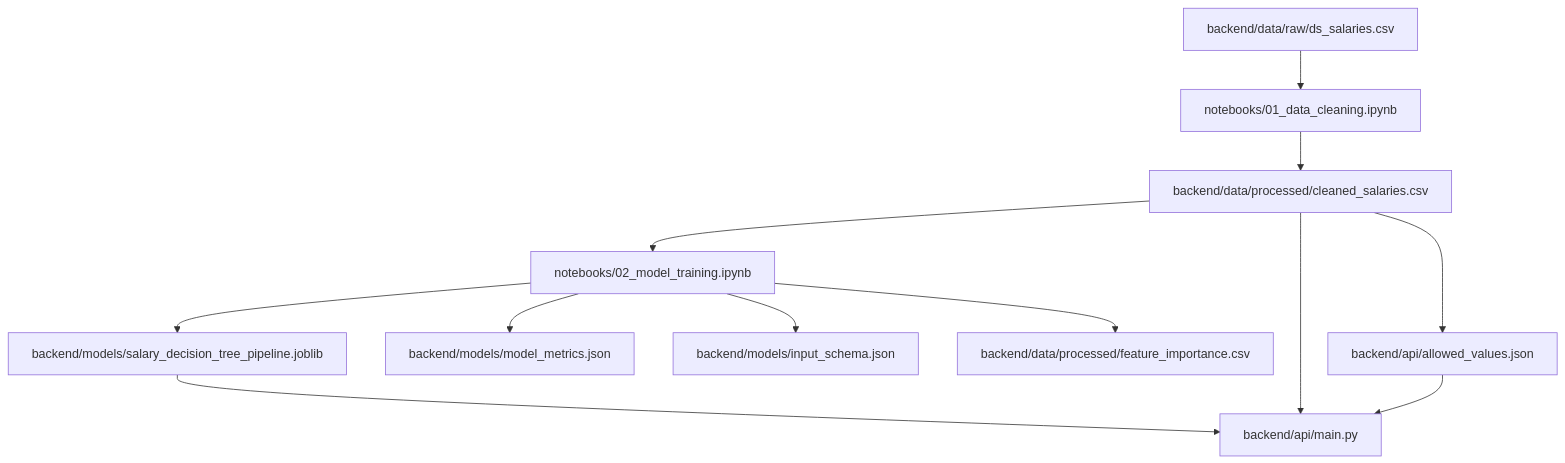
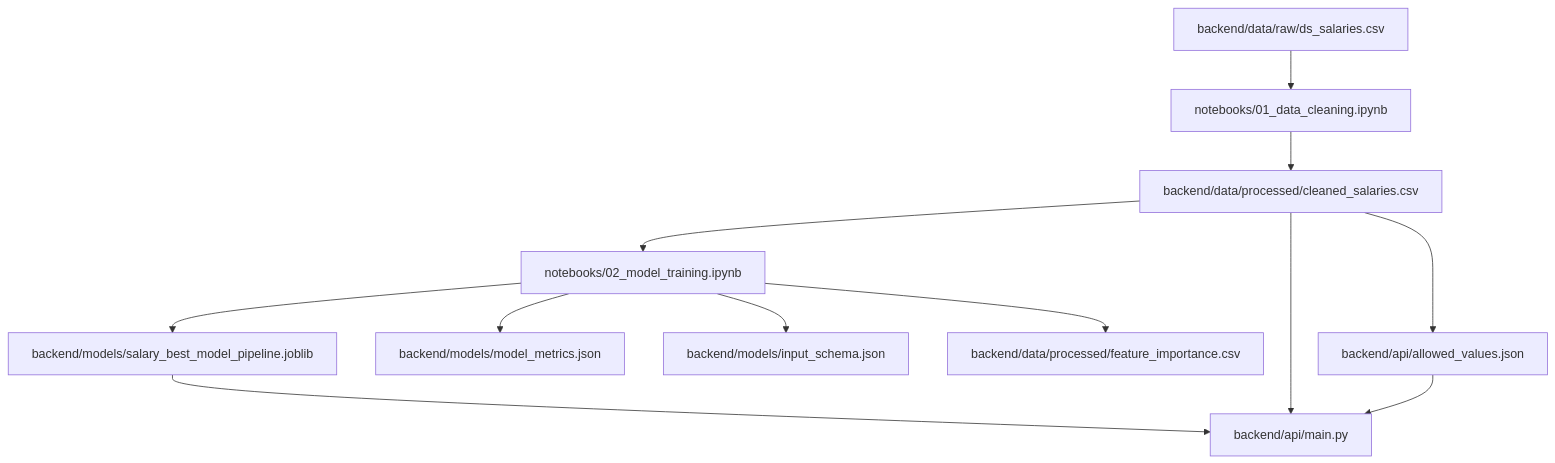
One commit to baderkothman/salary-prediction-app changed the fourth of 4 diagrams in docs/architecture.md. Above: the diagram before and after it, drawn with Mermaid. The commit also changed other lines of this file and 16 other files, not shown here.

First line of the commit message:
Refactor model training and documentation: update model pipeline references, enhance data cleaning steps, and improve evaluation metrics

````diff
--- a/docs/architecture.md
+++ b/docs/architecture.md
@@ -83,14 +83,14 @@
 ```mermaid
 flowchart TD
     Raw[backend/data/raw/ds_salaries.csv] --> Cleaning[notebooks/01_data_cleaning.ipynb]
     Cleaning --> Cleaned[backend/data/processed/cleaned_salaries.csv]
     Cleaned --> Training[notebooks/02_model_training.ipynb]
-    Training --> Model[backend/models/salary_decision_tree_pipeline.joblib]
+    Training --> Model[backend/models/salary_best_model_pipeline.joblib]
     Training --> Metrics[backend/models/model_metrics.json]
     Training --> Schema[backend/models/input_schema.json]
     Training --> Importance[backend/data/processed/feature_importance.csv]
     Cleaned --> Allowed[backend/api/allowed_values.json]
     Model --> API[backend/api/main.py]
     Cleaned --> API
     Allowed --> API
 ```
````
